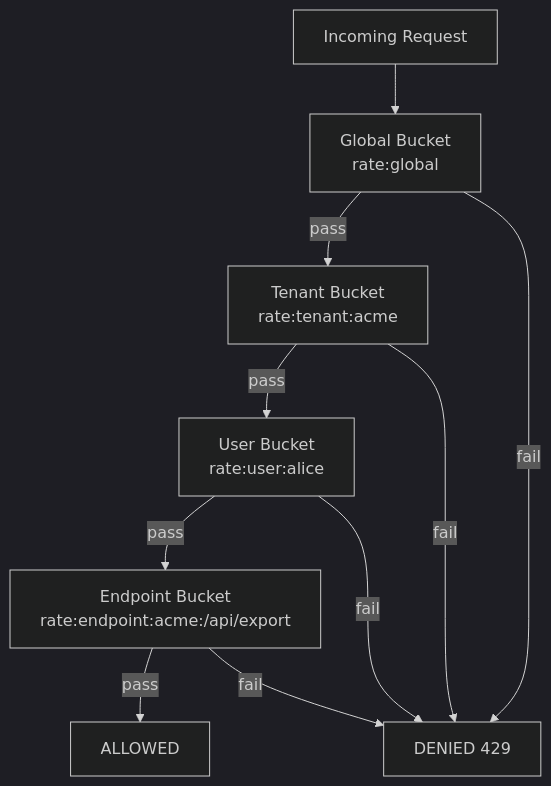
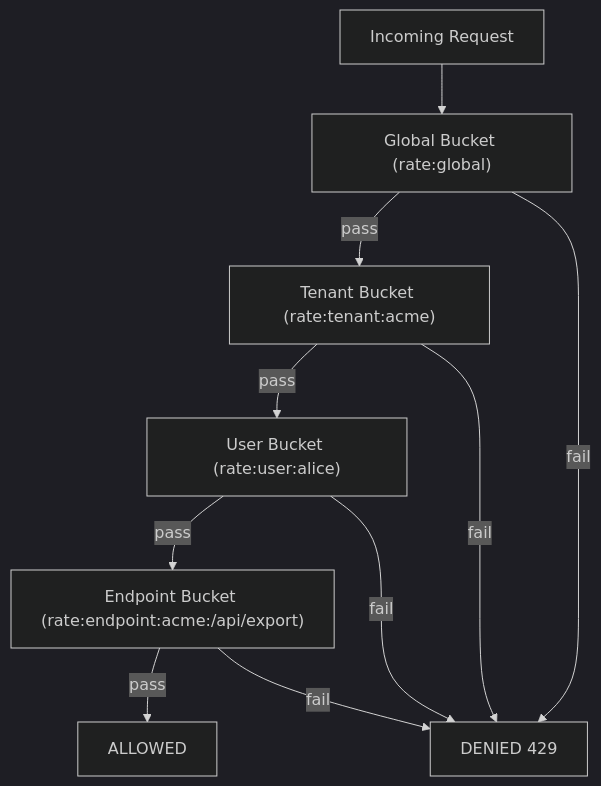
One commit to RUDRA-PRATAP-SINGH01/Distributed-rate-limiter changed the ninth of 21 diagrams in README.md. Above: the diagram before and after it, drawn with Mermaid (dark theme). The commit also changed other lines of this file and 1 other file, not shown here.

Commit message:
docs: fix Mermaid syntax for GitHub Markdown rendering in README and architecture docs

````diff
--- a/README.md
+++ b/README.md
@@ -399,12 +399,12 @@
 ```mermaid
 flowchart TD
-    REQ[Incoming Request] --> G[Global Bucket<br/>rate:global]
-    G -->|pass| T[Tenant Bucket<br/>rate:tenant:acme]
-    T -->|pass| U[User Bucket<br/>rate:user:alice]
-    U -->|pass| E[Endpoint Bucket<br/>rate:endpoint:acme:/api/export]
-    E -->|pass| OK[ALLOWED]
-    G -->|fail| DENY[DENIED 429]
+    REQ["Incoming Request"] --> G["Global Bucket (rate:global)"]
+    G -->|pass| T["Tenant Bucket (rate:tenant:acme)"]
+    T -->|pass| U["User Bucket (rate:user:alice)"]
+    U -->|pass| E["Endpoint Bucket (rate:endpoint:acme:/api/export)"]
+    E -->|pass| OK["ALLOWED"]
+    G -->|fail| DENY["DENIED 429"]
     T -->|fail| DENY
     U -->|fail| DENY
     E -->|fail| DENY
 ```
````
